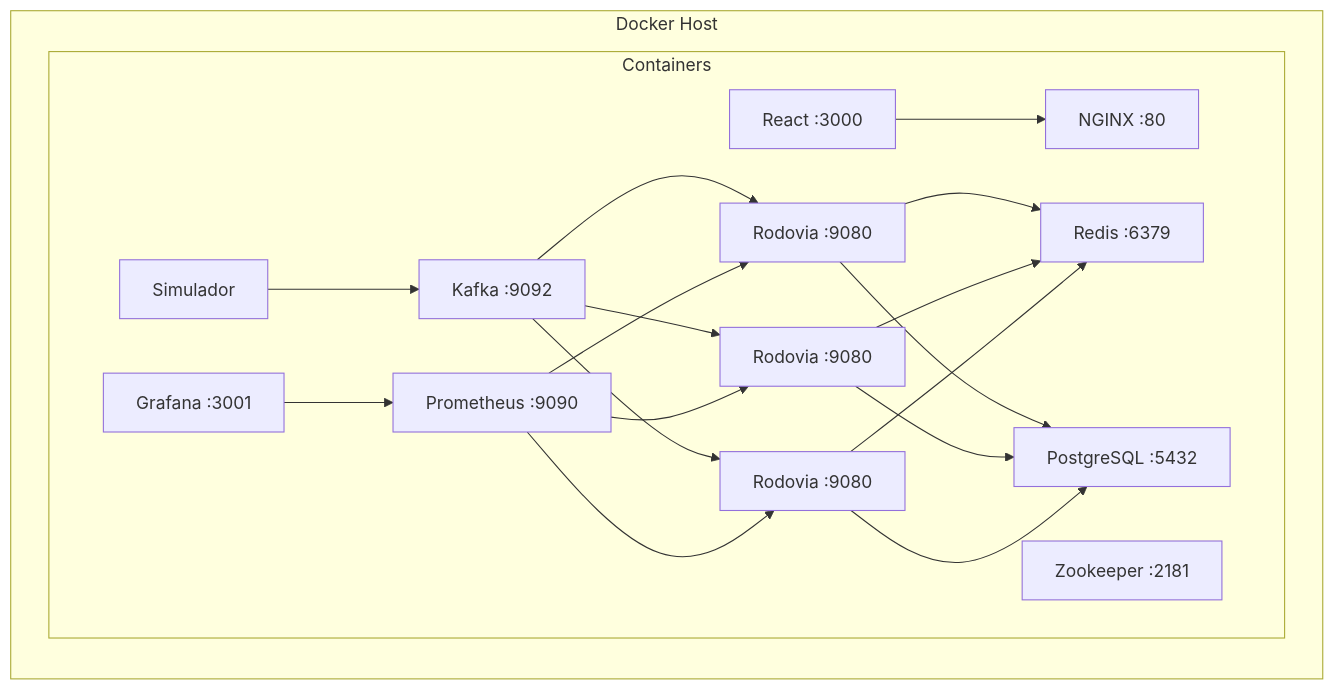
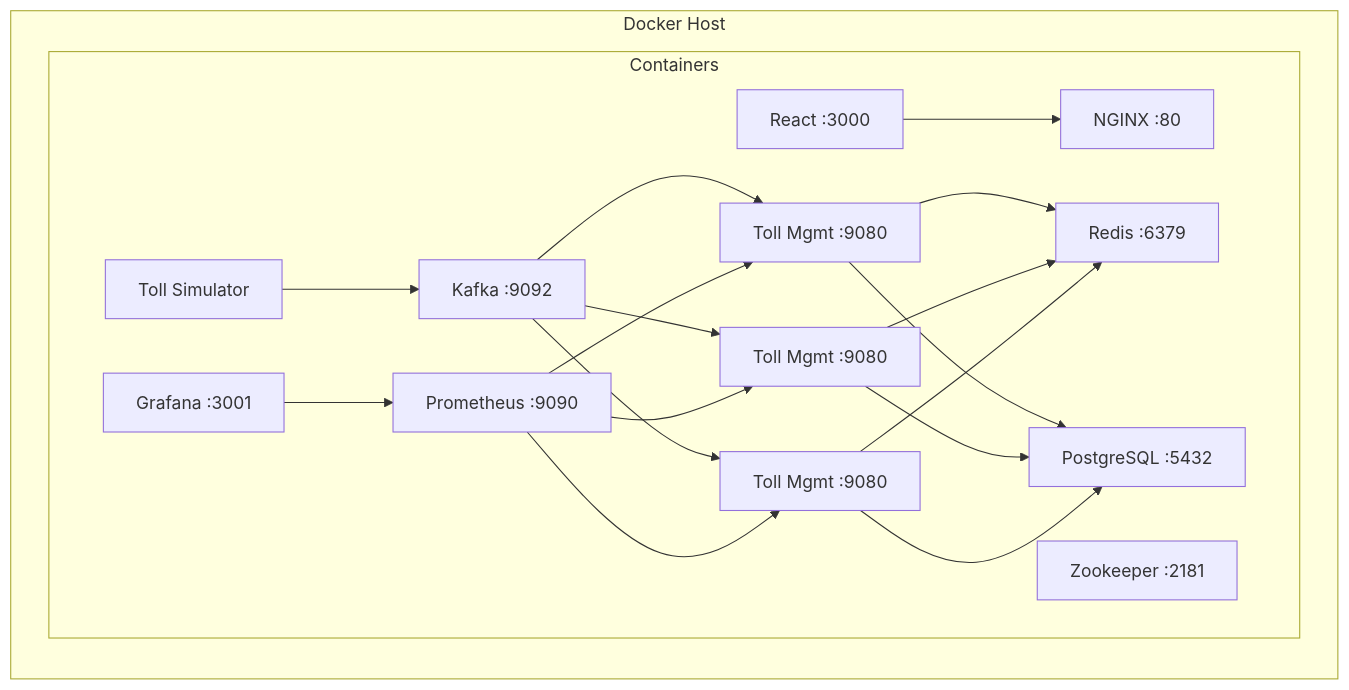
One commit to heloan/smart-toll-cache-system changed the sixth of 7 diagrams in docs/uml-diagrams.md. Above: the diagram before and after it, drawn with Mermaid. The commit also changed other lines of this file and 149 other files, not shown here.

````diff
--- a/docs/uml-diagrams.md
+++ b/docs/uml-diagrams.md
@@ -272,35 +272,35 @@
 ```mermaid
 graph LR
     subgraph Docker Host
         subgraph Containers
             NGINX[NGINX :80]
-            SB1[Rodovia :9080]
-            SB2[Rodovia :9080]
-            SB3[Rodovia :9080]
+            SB1[Toll Mgmt :9080]
+            SB2[Toll Mgmt :9080]
+            SB3[Toll Mgmt :9080]
             KAFKA[Kafka :9092]
             ZK[Zookeeper :2181]
             REDIS[Redis :6379]
             PG[PostgreSQL :5432]
             FE[React :3000]
-            SIM[Simulador]
+            SIM[Toll Simulator]
             PROM[Prometheus :9090]
             GRAF[Grafana :3001]
         end
     end
 
     SB1 --> REDIS
     SB2 --> REDIS
     SB3 --> REDIS
     SB1 --> PG
     SB2 --> PG
     SB3 --> PG
     KAFKA --> SB1
     KAFKA --> SB2
     KAFKA --> SB3
     SIM --> KAFKA
     PROM --> SB1
     PROM --> SB2
     PROM --> SB3
     GRAF --> PROM
     FE --> NGINX
 ```
````
